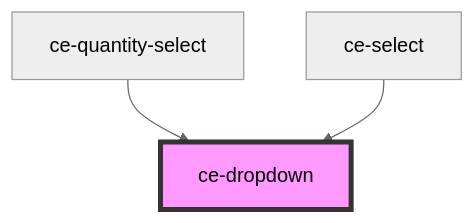
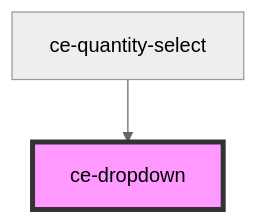
The diagram in packages/components/src/components/ui/dropdown/readme.md (surecart/surecart-wp-plugin), drawn with Mermaid (neutral theme) before and after one commit. The commit also changed other lines of this file and 18 other files, not shown here.

````diff
--- a/packages/components/src/components/ui/dropdown/readme.md
+++ b/packages/components/src/components/ui/dropdown/readme.md
@@ -40,6 +39,5 @@
 ```mermaid
 graph TD;
   ce-quantity-select --> ce-dropdown
-  ce-select --> ce-dropdown
   style ce-dropdown fill:#f9f,stroke:#333,stroke-width:4px
 ```
````
